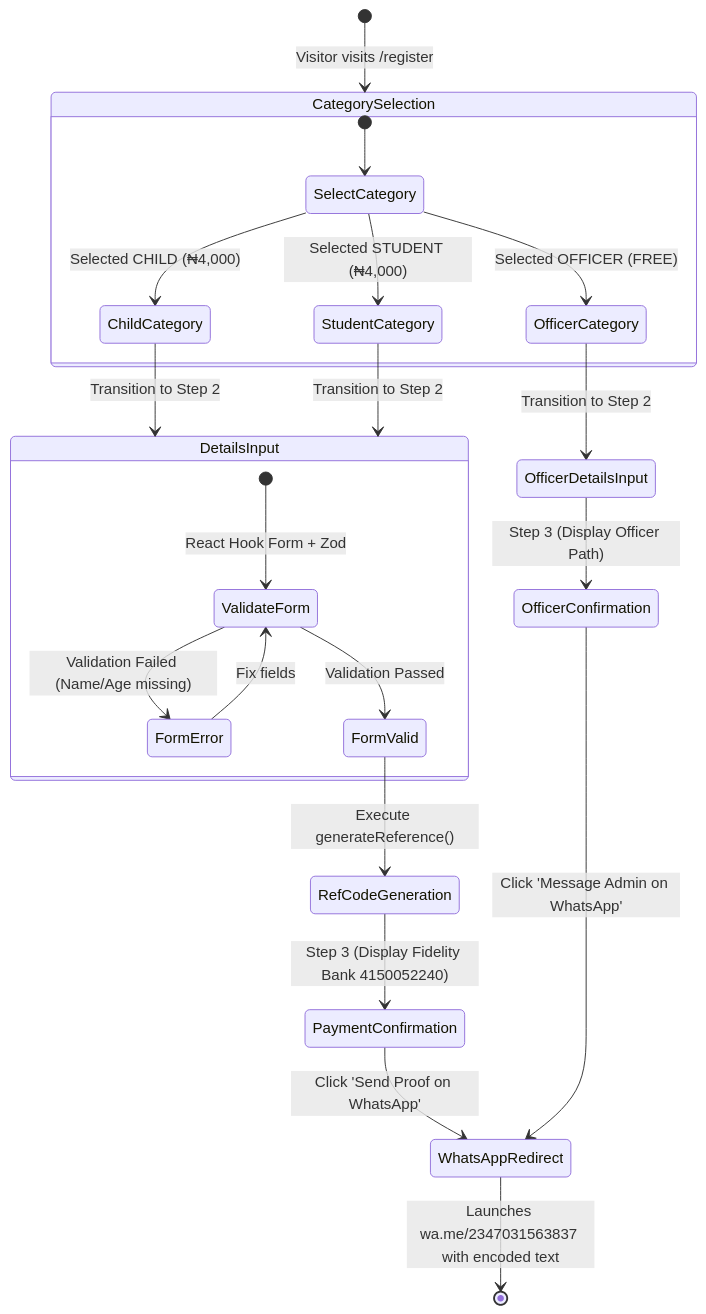
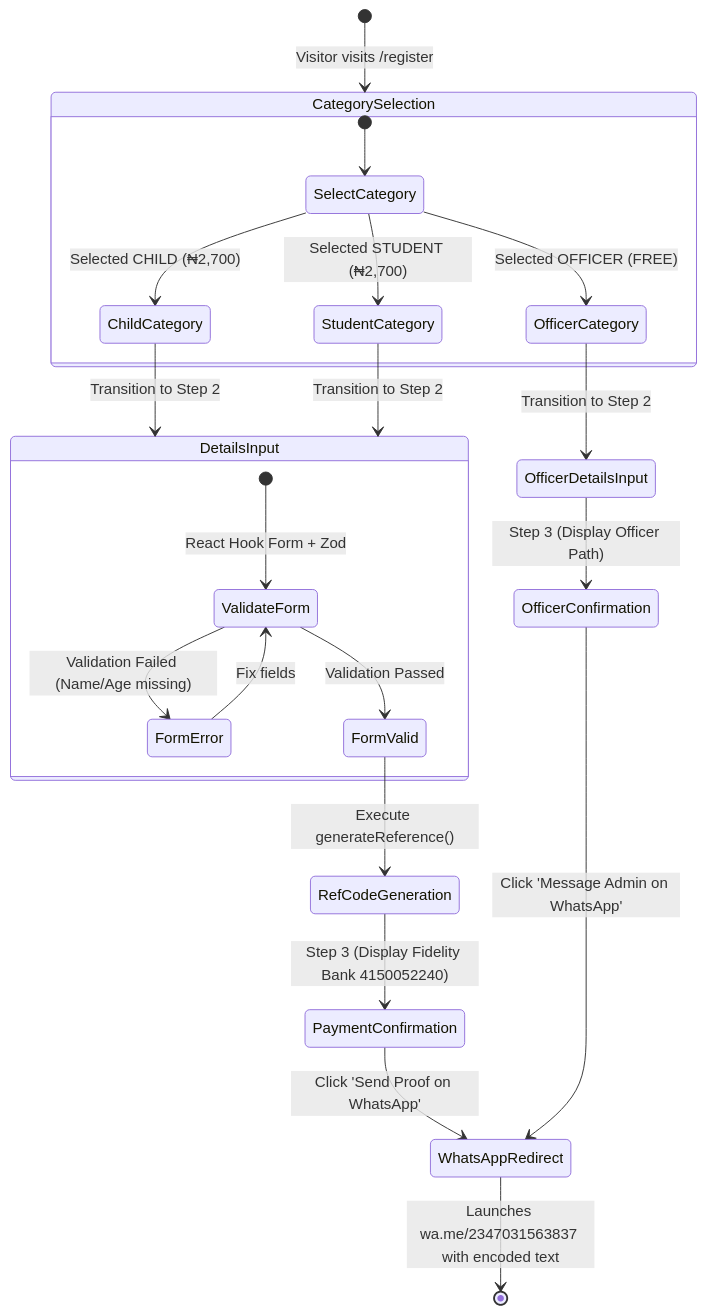
One commit to joshuatochinwachi/tlccrm-children changed the third of 4 diagrams in README.md. Above: the diagram before and after it, drawn with Mermaid. The commit also changed other lines of this file and 5 other files, not shown here.

````diff
--- a/README.md
+++ b/README.md
@@ -343,32 +343,32 @@
 ```mermaid
 stateDiagram-v2
     [*] --> CategorySelection : Visitor visits /register
 
     state CategorySelection {
         [*] --> SelectCategory
-        SelectCategory --> ChildCategory : Selected CHILD (₦4,000)
-        SelectCategory --> StudentCategory : Selected STUDENT (₦4,000)
+        SelectCategory --> ChildCategory : Selected CHILD (₦2,700)
+        SelectCategory --> StudentCategory : Selected STUDENT (₦2,700)
         SelectCategory --> OfficerCategory : Selected OFFICER (FREE)
     }
 
     ChildCategory --> DetailsInput : Transition to Step 2
     StudentCategory --> DetailsInput : Transition to Step 2
     OfficerCategory --> OfficerDetailsInput : Transition to Step 2
 
     state DetailsInput {
         [*] --> ValidateForm : React Hook Form + Zod
         ValidateForm --> FormError : Validation Failed (Name/Age missing)
         FormError --> ValidateForm : Fix fields
         ValidateForm --> FormValid : Validation Passed
     }
 
     FormValid --> RefCodeGeneration : Execute generateReference()
     RefCodeGeneration --> PaymentConfirmation : Step 3 (Display Fidelity Bank 4150052240)
 
     OfficerDetailsInput --> OfficerConfirmation : Step 3 (Display Officer Path)
 
     PaymentConfirmation --> WhatsAppRedirect : Click 'Send Proof on WhatsApp'
     OfficerConfirmation --> WhatsAppRedirect : Click 'Message Admin on WhatsApp'
 
     WhatsAppRedirect --> [*] : Launches wa.me/2347031563837 with encoded text
 ```
````
